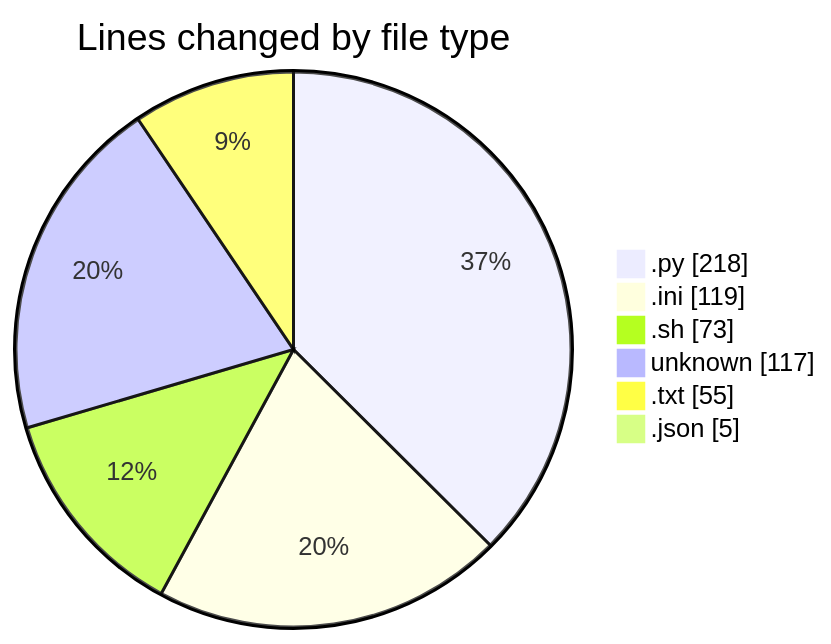
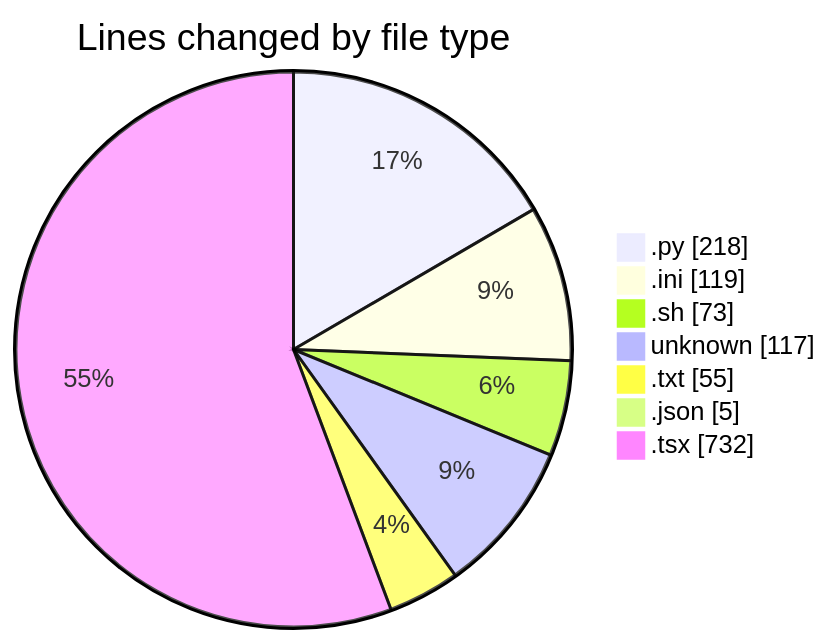
One commit to Elitesun/code-tracking changed the first of 2 diagrams in 2025-05-12/niten/README.md. Above: the diagram before and after it, drawn with Mermaid. The commit also changed other lines of this file and 1 other file, not shown here.

````diff
--- a/2025-05-12/niten/README.md
+++ b/2025-05-12/niten/README.md
@@ -28,10 +30,11 @@
 ```mermaid
 pie showData
 title Lines changed by file type
 ".py" : 218
 ".ini" : 119
 ".sh" : 73
 "unknown" : 117
 ".txt" : 55
 ".json" : 5
+".tsx" : 732
 ```
````
